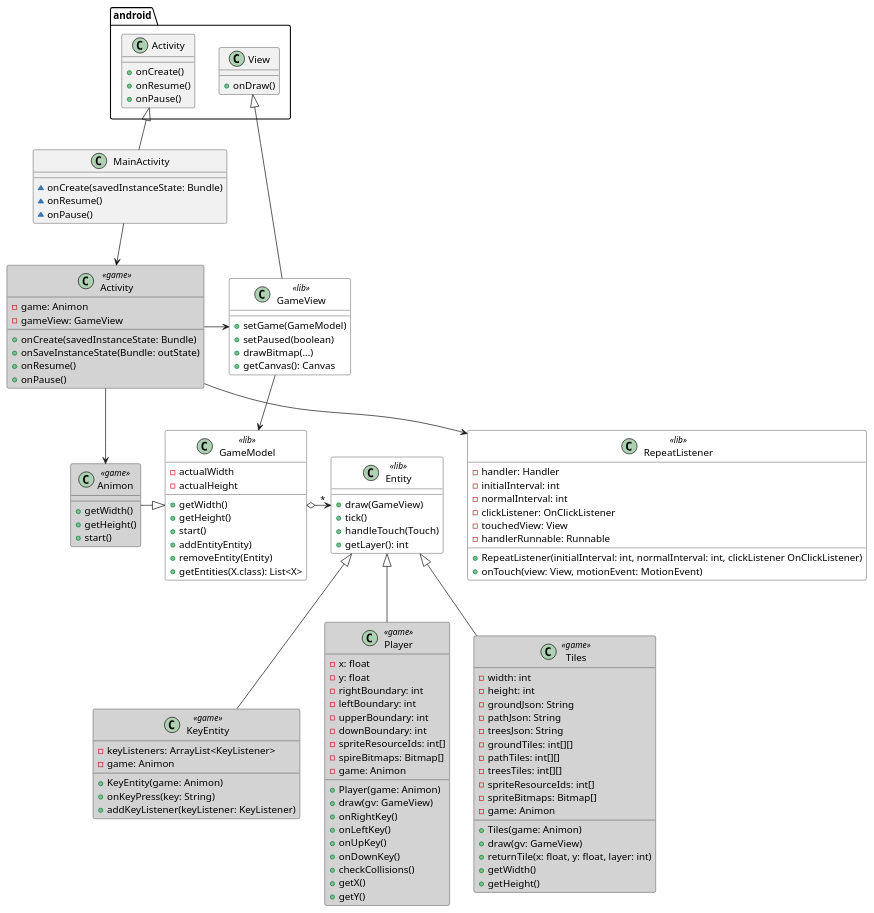
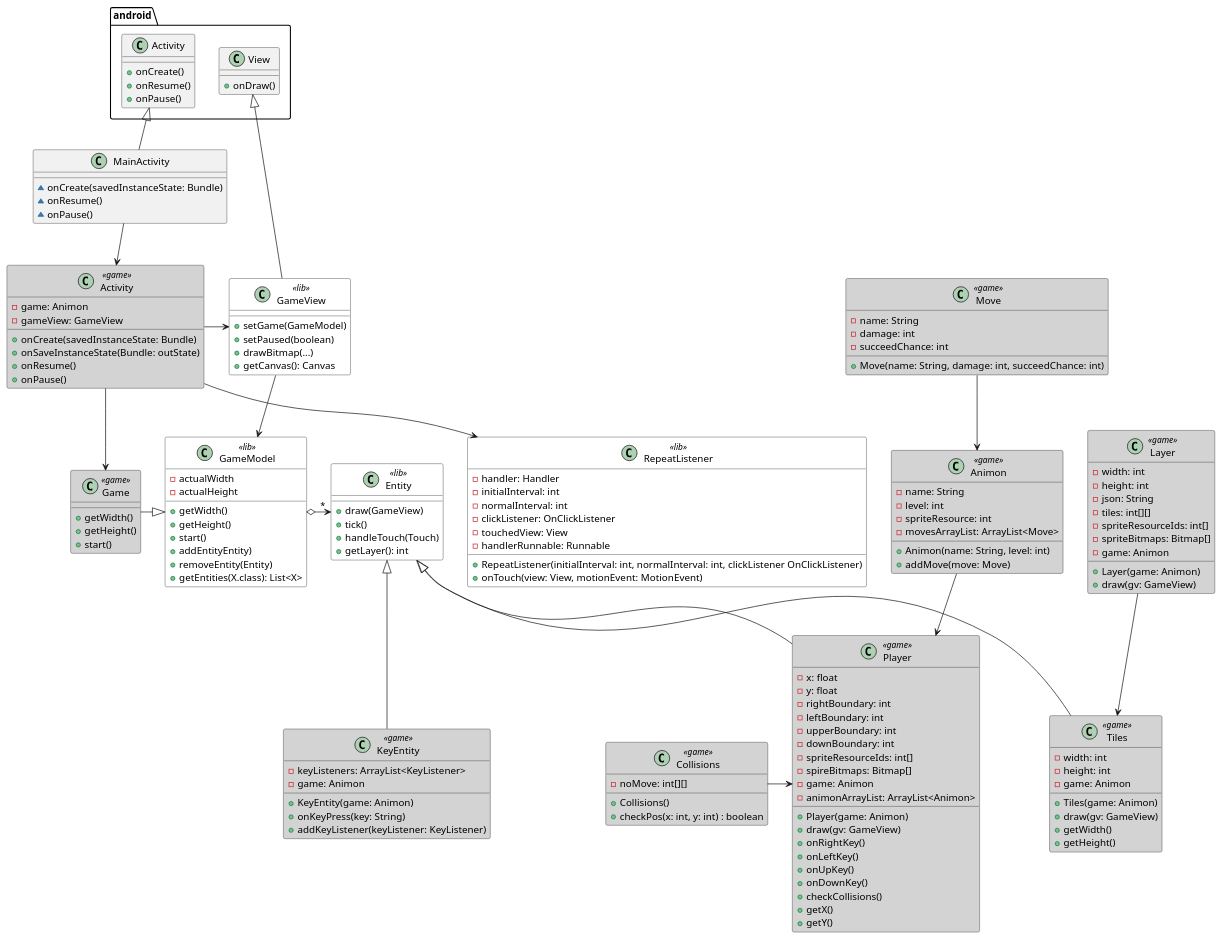
Before and after one commit to BitSemih/Animon: the diagram in doc/technical-design.md, drawn with PlantUML. The commit also changed 5 other files, not shown here.

Commit message:
Updated the technical design and refactored Animon to Game

```diff
--- a/doc/technical-design.md
+++ b/doc/technical-design.md
@@ -7,7 +7,7 @@
     BackgroundColor<< game >> lightgrey
 }
 
-class Animon<<game>> {
+class Game<<game>> {
     + getWidth()
     + getHeight()
     + start()
@@ -31,6 +31,7 @@
     - spriteResourceIds: int[]
     - spireBitmaps: Bitmap[]
     - game: Animon
+    - animonArrayList: ArrayList<Animon>
     + Player(game: Animon)
     + draw(gv: GameView)
     + onRightKey()
@@ -45,20 +46,23 @@
 class Tiles<<game>> {
     - width: int
     - height: int
-    - groundJson: String
-    - pathJson: String
-    - treesJson: String
-    - groundTiles: int[][]
-    - pathTiles: int[][]
-    - treesTiles: int[][]
+    - game: Animon
+    + Tiles(game: Animon)
+    + draw(gv: GameView)
+    + getWidth()
+    + getHeight()
+}
+
+class Layer<<game>>{ 
+    - width: int
+    - height: int
+    - json: String
+    - tiles: int[][]
     - spriteResourceIds: int[]
     - spriteBitmaps: Bitmap[]
     - game: Animon
-    + Tiles(game: Animon)
+    + Layer(game: Animon)
     + draw(gv: GameView)
-    + returnTile(x: float, y: float, layer: int)
-    + getWidth()
-    + getHeight()
 }
 
 class Activity<<game>> {
@@ -68,6 +72,28 @@
     + onSaveInstanceState(Bundle: outState)
     + onResume()
     + onPause()
+}
+
+class Collisions<<game>> {
+    - noMove: int[][]
+    + Collisions()
+    + checkPos(x: int, y: int) : boolean
+}
+
+class Animon<<game>> {
+    - name: String
+    - level: int
+    - spriteResource: int
+    - movesArrayList: ArrayList<Move>
+    + Animon(name: String, level: int)
+    + addMove(move: Move)
+}
+
+class Move<<game>> {
+    - name: String
+    - damage: int
+    - succeedChance: int
+    + Move(name: String, damage: int, succeedChance: int)
 }
 
 class RepeatListener<<lib>> {
@@ -112,22 +138,25 @@
     + getCanvas(): Canvas
 }
 
-
 GameModel o-> "*" Entity
 
 GameView --> GameModel
 
-Animon -|> GameModel
+Game -|> GameModel
 
 Entity <|-- Player
 Entity <|-- KeyEntity
 Entity <|-- Tiles
 
+Move --> Animon
+Layer --> Tiles
+Animon --> Player
+Collisions -> Player
+
 MainActivity --> Activity
-Activity --> Animon
+Activity --> Game
 Activity -> GameView
 Activity --> RepeatListener 
-
 
 class android.View {
     + onDraw()
```
